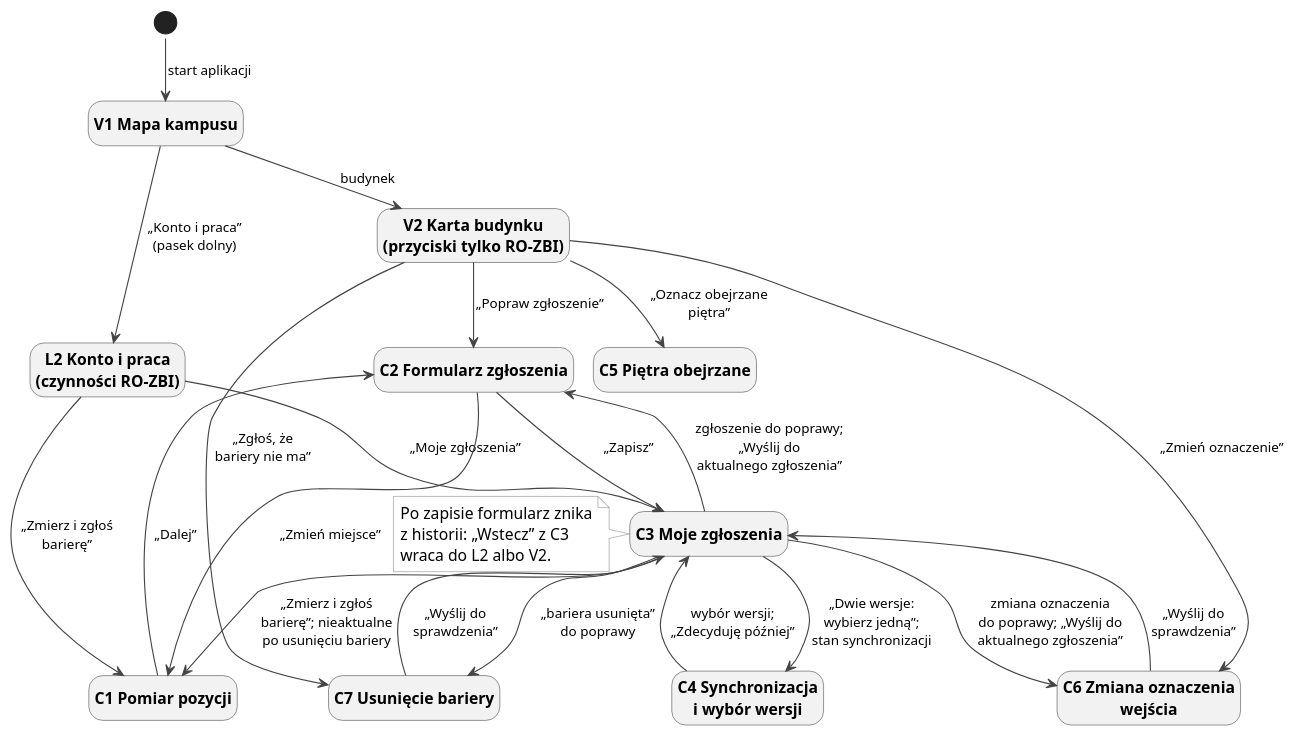
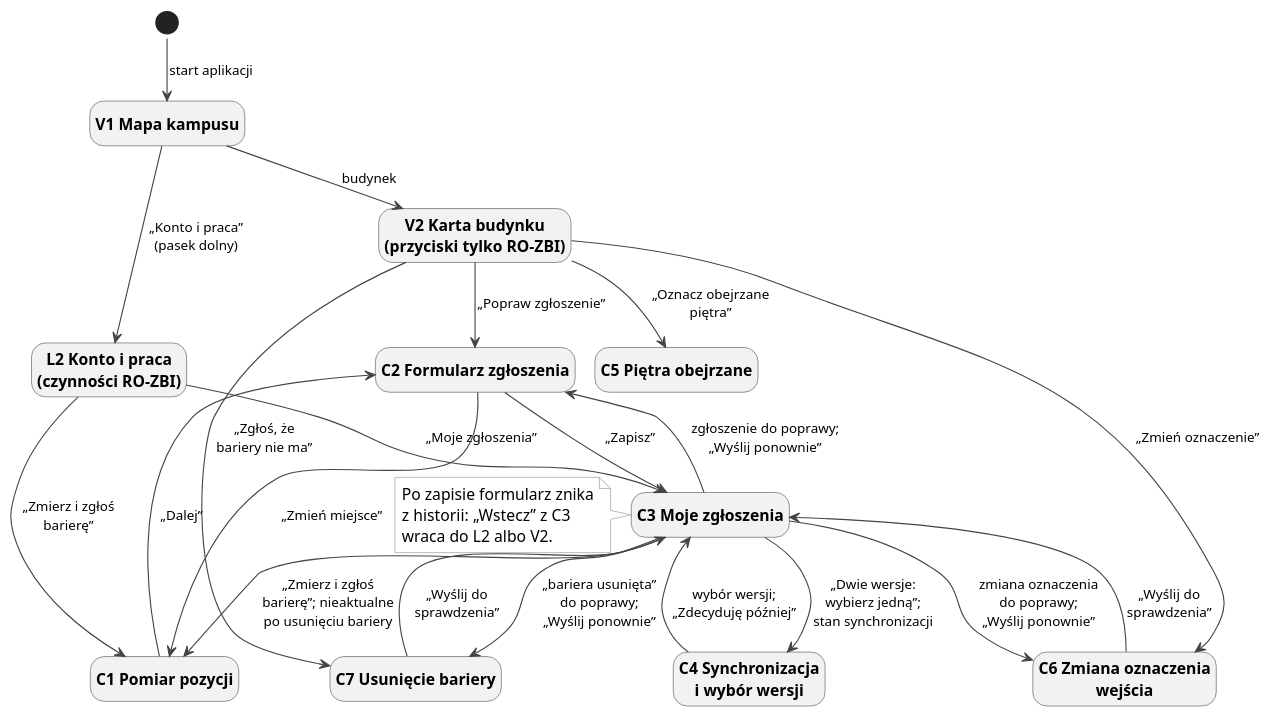
One commit to dostepny-kampus/dostepny-kampus changed the diagram in docs/docs/ux/nawigacja-zespol-zbierajacy.puml. Above: the diagram before and after it, drawn with PlantUML. The commit also changed 3 other files, not shown here.

```diff
--- a/docs/docs/ux/nawigacja-zespol-zbierajacy.puml
+++ b/docs/docs/ux/nawigacja-zespol-zbierajacy.puml
@@ -1,65 +1,65 @@
 @startuml
 !pragma layout smetana
 hide empty description
 skinparam defaultFontSize 14
 skinparam ArrowColor #444444
 skinparam ArrowFontSize 12
 skinparam state {
   BackgroundColor #F2F2F2
   BorderColor #444444
   FontStyle bold
 }
 skinparam state<<stan>> {
   BackgroundColor #FFFFFF
   BorderColor #444444
   FontStyle normal
 }
 
 skinparam note {
   BackgroundColor #FFFFFF
   BorderColor #888888
 }
 
 state "V1 Mapa kampusu" as V1
 state "V2 Karta budynku\n(przyciski tylko RO-ZBI)" as V2
 state "L2 Konto i praca\n(czynności RO-ZBI)" as L2
 state "C1 Pomiar pozycji" as C1
 state "C2 Formularz zgłoszenia" as C2
 state "C3 Moje zgłoszenia" as C3
 state "C4 Synchronizacja\ni wybór wersji" as C4
 state "C5 Piętra obejrzane" as C5
 state "C6 Zmiana oznaczenia\nwejścia" as C6
 state "C7 Usunięcie bariery" as C7
 
 [*] --> V1 : start aplikacji
 V1 --> V2 : budynek
 V1 --> L2 : „Konto i praca”\n(pasek dolny)
 
 L2 --> C1 : „Zmierz i zgłoś\nbarierę”
 L2 --> C3 : „Moje zgłoszenia”
 
 V2 --> C6 : „Zmień oznaczenie”
 V2 --> C7 : „Zgłoś, że\nbariery nie ma”
 V2 --> C2 : „Popraw zgłoszenie”
 V2 --> C5 : „Oznacz obejrzane\npiętra”
 
 C1 --> C2 : „Dalej”
 C2 --> C1 : „Zmień miejsce”
 C2 --> C3 : „Zapisz”
 
 C3 --> C1 : „Zmierz i zgłoś\nbarierę”; nieaktualne\npo usunięciu bariery
-C3 --> C2 : zgłoszenie do poprawy;\n„Wyślij do\naktualnego zgłoszenia”
-C3 --> C6 : zmiana oznaczenia\ndo poprawy; „Wyślij do\naktualnego zgłoszenia”
-C3 --> C7 : „bariera usunięta”\ndo poprawy
+C3 --> C2 : zgłoszenie do poprawy;\n„Wyślij ponownie”
+C3 --> C6 : zmiana oznaczenia\ndo poprawy;\n„Wyślij ponownie”
+C3 --> C7 : „bariera usunięta”\ndo poprawy;\n„Wyślij ponownie”
 C3 --> C4 : „Dwie wersje:\nwybierz jedną”;\nstan synchronizacji
 
 C4 --> C3 : wybór wersji;\n„Zdecyduję później”
 C6 --> C3 : „Wyślij do\nsprawdzenia”
 C7 --> C3 : „Wyślij do\nsprawdzenia”
 
 note left of C3
   Po zapisie formularz znika
   z historii: „Wstecz” z C3
   wraca do L2 albo V2.
 end note
 @enduml
```
